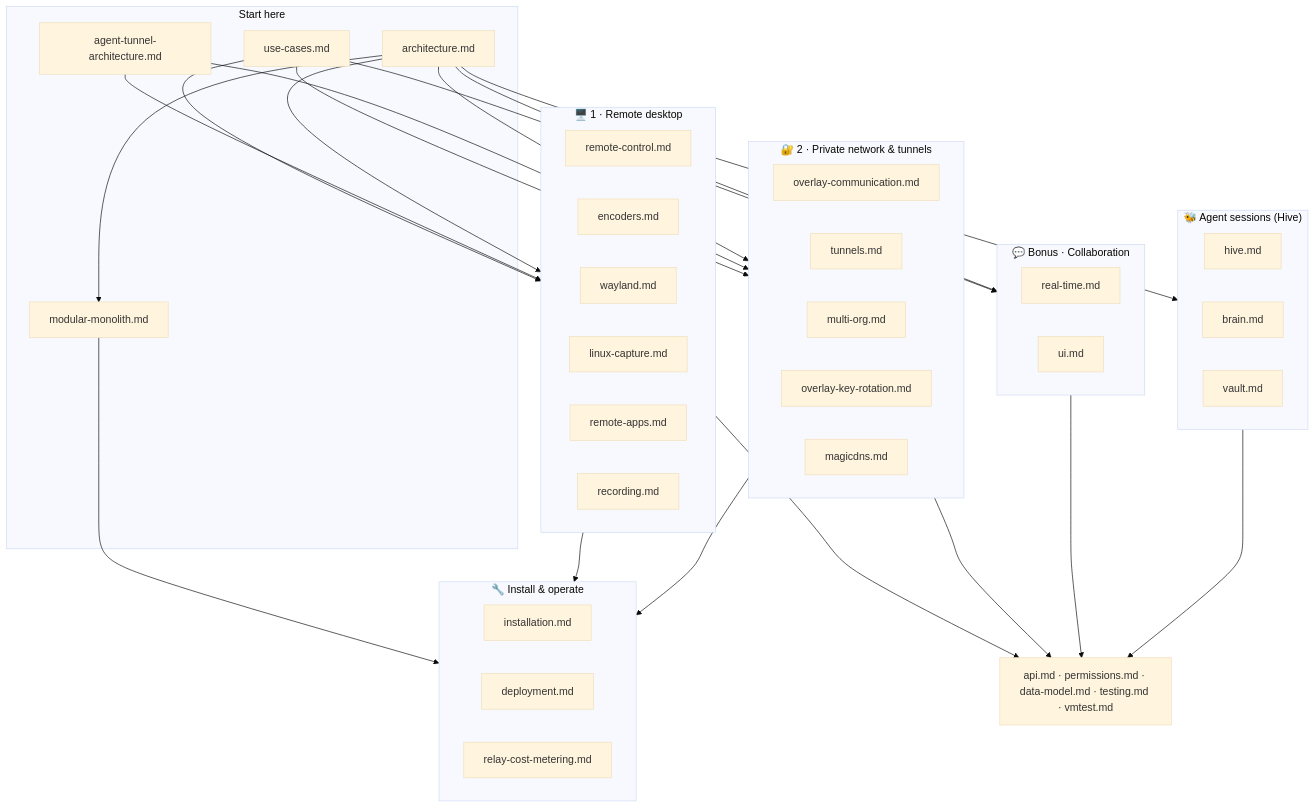
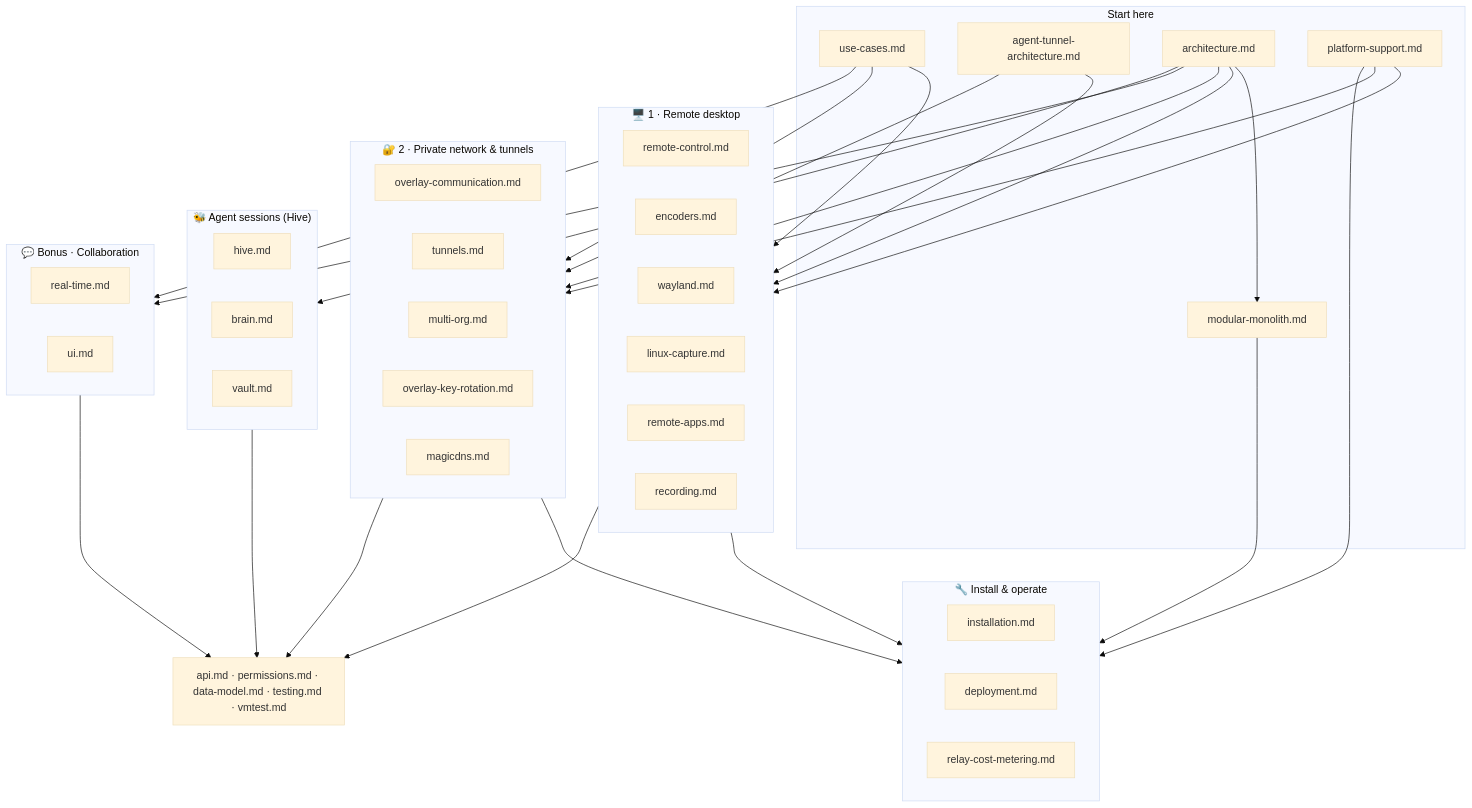
The diagram in docs/README.md (gjovanov/roomler-ai), drawn with Mermaid (base theme) before and after one commit. The commit also changed other lines of this file and 9 other files, not shown here.

First line of the commit message:
docs(fr-97): P8-2 — platform-support.md, its user page, and the Linux system-install claims

````diff
--- a/docs/README.md
+++ b/docs/README.md
@@ -24,54 +24,56 @@
 ```mermaid
 flowchart TB
     subgraph entry["Start here"]
         UC["use-cases.md"]
         ATA["agent-tunnel-architecture.md"]
         ARCH["architecture.md"]
         MM["modular-monolith.md"]
+        PS["platform-support.md"]
     end
 
     subgraph rd["🖥️ 1 · Remote desktop"]
         RC["remote-control.md"]
         ENC["encoders.md"]
         WAY["wayland.md"]
         LCAP["linux-capture.md"]
         RAPP["remote-apps.md"]
         REC["recording.md"]
     end
 
     subgraph net["🔐 2 · Private network & tunnels"]
         OC["overlay-communication.md"]
         TUN["tunnels.md"]
         MO["multi-org.md"]
         OKR["overlay-key-rotation.md"]
         MDNS["magicdns.md"]
     end
 
     subgraph collab["💬 Bonus · Collaboration"]
         RT["real-time.md"]
         UIX["ui.md"]
     end
 
     subgraph hive["🐝 Agent sessions (Hive)"]
         HIVE["hive.md"]
         BRAIN["brain.md"]
         VAULT["vault.md"]
     end
 
     subgraph ops["🔧 Install & operate"]
         INST["installation.md"]
         DEP["deployment.md"]
         RCM["relay-cost-metering.md"]
     end
 
     REF["api.md · permissions.md · data-model.md · testing.md · vmtest.md"]
 
     UC --> rd & net & collab
     ATA --> rd & net
     ARCH --> rd & net & collab
     ARCH --> MM
     ARCH --> hive
+    PS --> rd & net & ops
     MM --> ops
     rd & net --> ops
     rd & net & collab & hive --> REF
 ```
````
